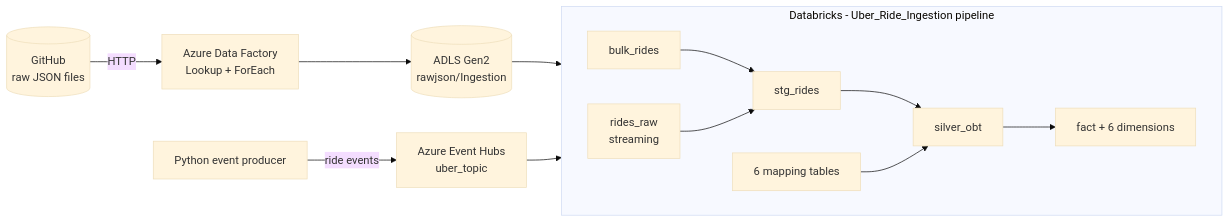
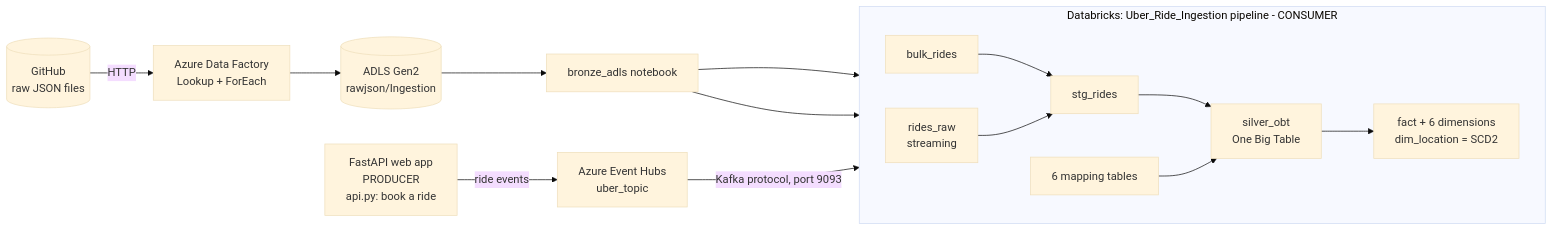
One commit to mpmitalia/Uber_data_Engineering_Project changed the first of 2 diagrams in README.md. Above: the diagram before and after it, drawn with Mermaid (base theme). The commit also changed other lines of this file, not shown here.

````diff
--- a/README.md
+++ b/README.md
@@ -53,24 +77,27 @@
 ```mermaid
 flowchart LR
     GH[(GitHub<br/>raw JSON files)] -->|HTTP| ADF[Azure Data Factory<br/>Lookup + ForEach]
     ADF --> ADLS[(ADLS Gen2<br/>rawjson/Ingestion)]
-    PROD[Python event producer] -->|ride events| EH[Azure Event Hubs<br/>uber_topic]
+    WEB[FastAPI web app<br/>PRODUCER<br/>api.py: book a ride] -->|ride events| EH[Azure Event Hubs<br/>uber_topic]
 
-    subgraph DBX[Databricks - Uber_Ride_Ingestion pipeline]
+    NB[bronze_adls notebook] --> MAPS
+    ADLS --> NB
+    NB --> B1
+
+    subgraph DBX[Databricks: Uber_Ride_Ingestion pipeline - CONSUMER]
         direction LR
         B1[bulk_rides]
         B2[rides_raw<br/>streaming]
         ST[stg_rides]
         MAPS[6 mapping tables]
-        OBT[silver_obt]
-        GOLD[fact + 6 dimensions]
+        OBT[silver_obt<br/>One Big Table]
+        GOLD[fact + 6 dimensions<br/>dim_location = SCD2]
         B1 --> ST
         B2 --> ST
         ST --> OBT
         MAPS --> OBT
         OBT --> GOLD
     end
 
-    ADLS --> B1
-    EH --> B2
+    EH -->|Kafka protocol, port 9093| B2
 ```
````
